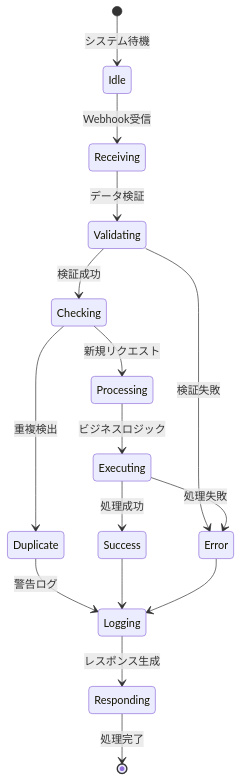
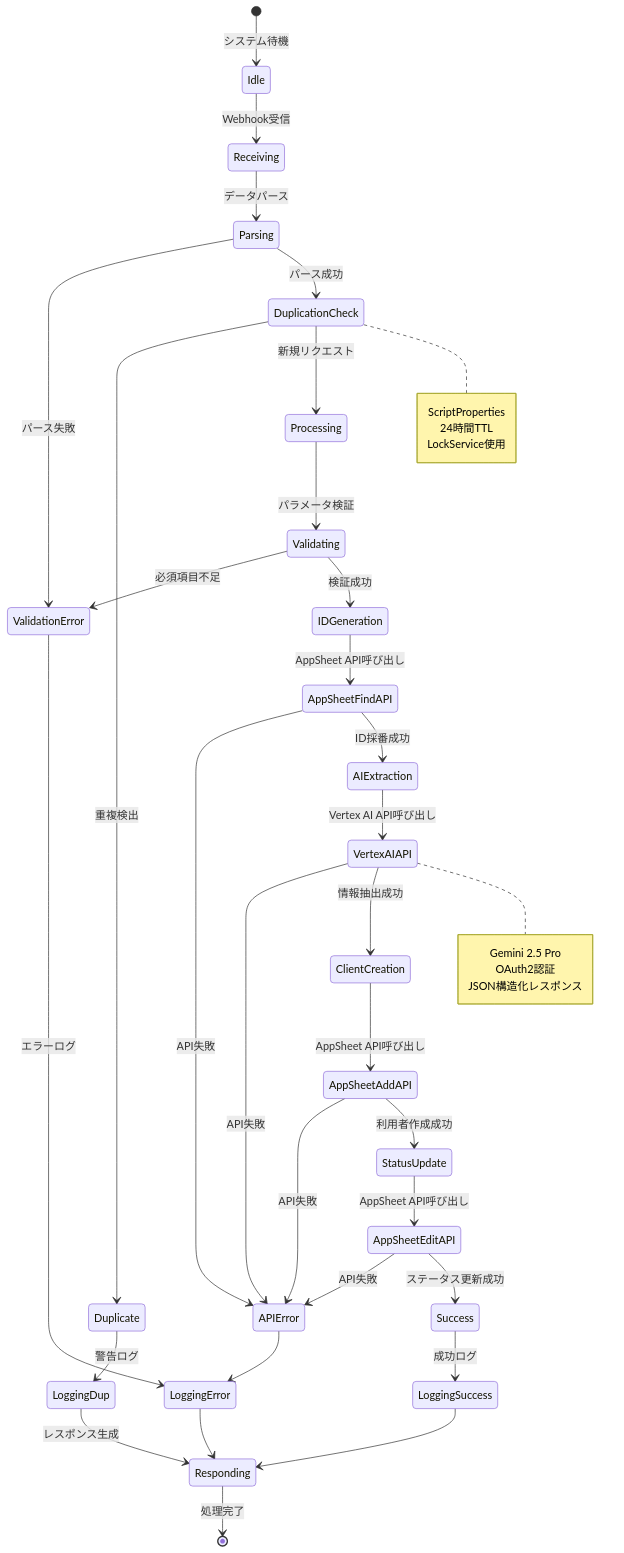
One commit to tasai-lab/appsheet-gas-automation changed the seventh of 9 diagrams in gas_projects/projects/clients/Appsheet_利用者_反映/FLOW.md. Above: the diagram before and after it, drawn with Mermaid. The commit also changed other lines of this file and 9 other files, not shown here.

````diff
--- a/gas_projects/projects/clients/Appsheet_利用者_反映/FLOW.md
+++ b/gas_projects/projects/clients/Appsheet_利用者_反映/FLOW.md
@@ -144,24 +313,56 @@
 ```mermaid
 stateDiagram-v2
     [*] --> Idle: システム待機
     Idle --> Receiving: Webhook受信
-    Receiving --> Validating: データ検証
-    
-    Validating --> Error: 検証失敗
-    Validating --> Checking: 検証成功
-    
-    Checking --> Duplicate: 重複検出
-    Checking --> Processing: 新規リクエスト
-    
-    Duplicate --> Logging: 警告ログ
-    Processing --> Executing: ビジネスロジック
-    
-    Executing --> Success: 処理成功
-    Executing --> Error: 処理失敗
-    
-    Success --> Logging
-    Error --> Logging
-    
-    Logging --> Responding: レスポンス生成
+    Receiving --> Parsing: データパース
+
+    Parsing --> ValidationError: パース失敗
+    Parsing --> DuplicationCheck: パース成功
+
+    DuplicationCheck --> Duplicate: 重複検出
+    DuplicationCheck --> Processing: 新規リクエスト
+
+    Duplicate --> LoggingDup: 警告ログ
+    Processing --> Validating: パラメータ検証
+
+    Validating --> ValidationError: 必須項目不足
+    Validating --> IDGeneration: 検証成功
+
+    IDGeneration --> AppSheetFindAPI: AppSheet API呼び出し
+    AppSheetFindAPI --> APIError: API失敗
+    AppSheetFindAPI --> AIExtraction: ID採番成功
+
+    AIExtraction --> VertexAIAPI: Vertex AI API呼び出し
+    VertexAIAPI --> APIError: API失敗
+    VertexAIAPI --> ClientCreation: 情報抽出成功
+
+    ClientCreation --> AppSheetAddAPI: AppSheet API呼び出し
+    AppSheetAddAPI --> APIError: API失敗
+    AppSheetAddAPI --> StatusUpdate: 利用者作成成功
+
+    StatusUpdate --> AppSheetEditAPI: AppSheet API呼び出し
+    AppSheetEditAPI --> APIError: API失敗
+    AppSheetEditAPI --> Success: ステータス更新成功
+
+    Success --> LoggingSuccess: 成功ログ
+    ValidationError --> LoggingError: エラーログ
+    APIError --> LoggingError
+
+    LoggingDup --> Responding: レスポンス生成
+    LoggingSuccess --> Responding
+    LoggingError --> Responding
+
     Responding --> [*]: 処理完了
+
+    note right of DuplicationCheck
+        ScriptProperties
+        24時間TTL
+        LockService使用
+    end note
+
+    note right of VertexAIAPI
+        Gemini 2.5 Pro
+        OAuth2認証
+        JSON構造化レスポンス
+    end note
 ```
````
